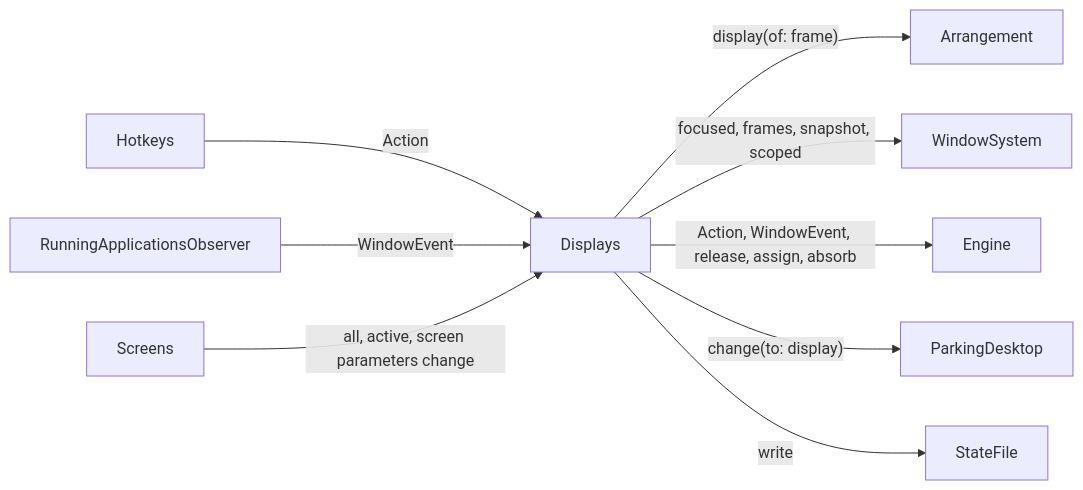
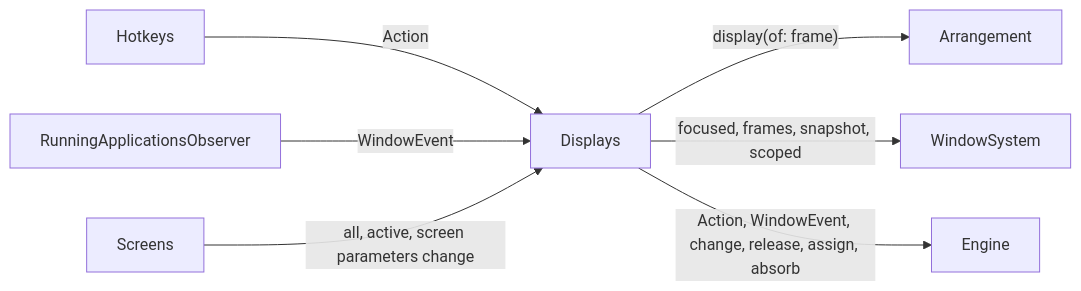
Before and after one commit to brennovich/ottowm: the fifth of 25 diagrams in ARCHITECTURE.md, drawn with Mermaid. The commit also changed other lines of this file, not shown here.

````diff
--- a/ARCHITECTURE.md
+++ b/ARCHITECTURE.md
@@ -105,11 +100,9 @@
 ```mermaid
 flowchart LR
     Hotkeys -->|Action| Displays
     RunningApplicationsObserver -->|WindowEvent| Displays
     Screens -->|"all, active, screen parameters change"| Displays
     Displays -->|"display(of: frame)"| Arrangement
     Displays -->|"focused, frames, snapshot, scoped"| WindowSystem
-    Displays -->|"Action, WindowEvent, release, assign, absorb"| Engine
-    Displays -->|"change(to: display)"| ParkingDesktop
-    Displays -->|write| StateFile
+    Displays -->|"Action, WindowEvent, change, release, assign, absorb"| Engine
 ```
````
